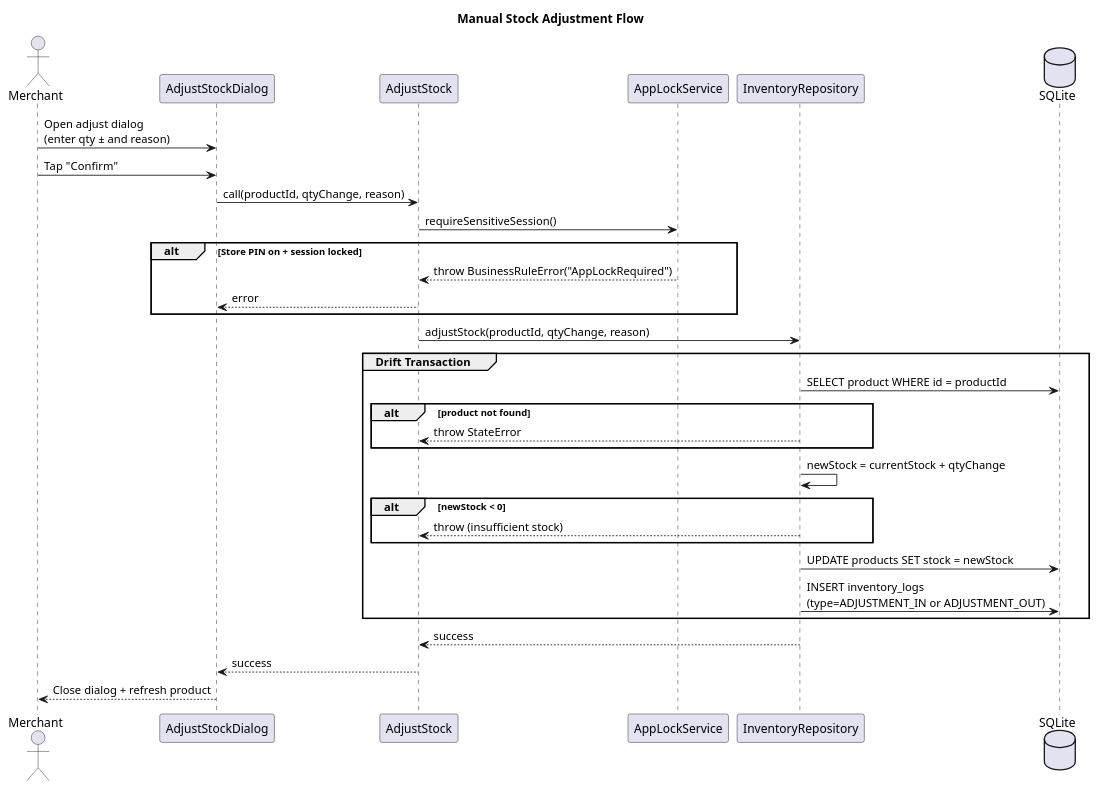
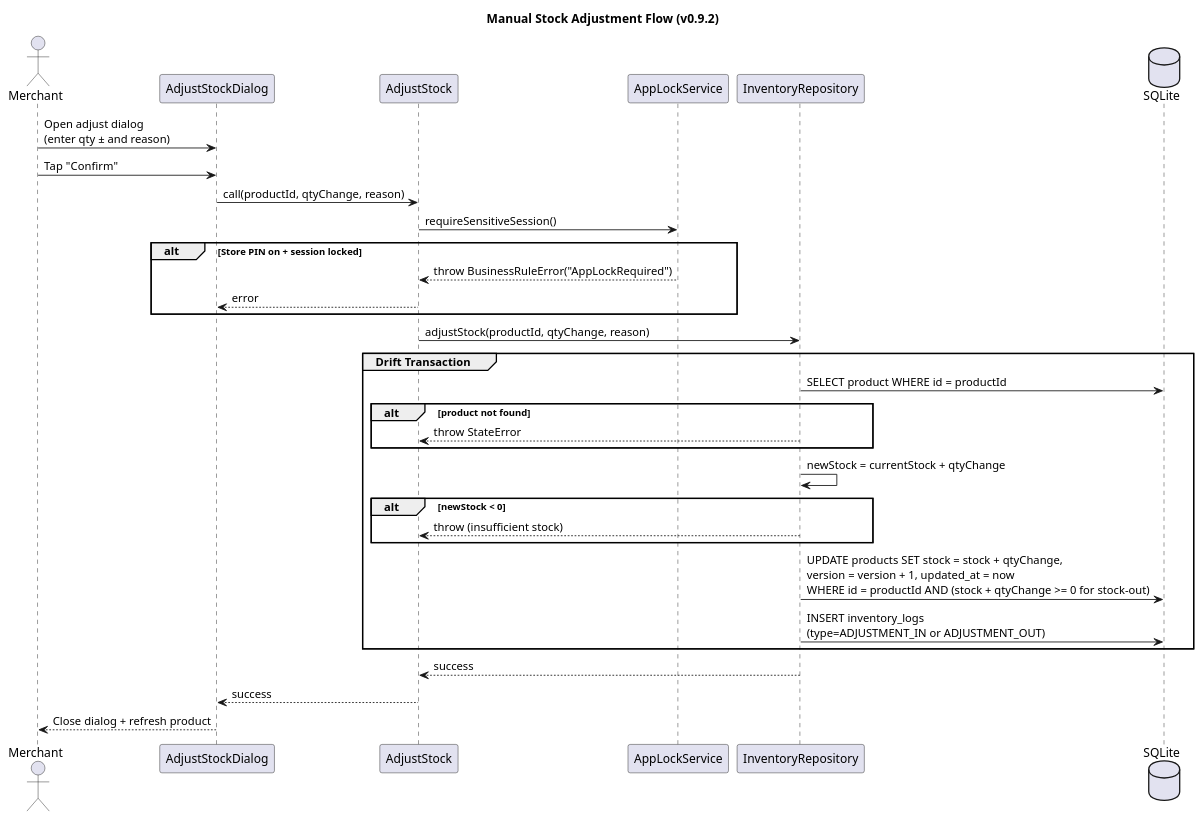
One commit to MN-Lizard-Team/promsell-pos-ce changed the diagram in docs/architecture/puml/sequence-adjust-stock.puml. Above: the diagram before and after it, drawn with PlantUML. The commit also changed 37 other files, not shown here.

```diff
--- a/docs/architecture/puml/sequence-adjust-stock.puml
+++ b/docs/architecture/puml/sequence-adjust-stock.puml
@@ -1,42 +1,42 @@
 @startuml Sequence_AdjustStock
-title Manual Stock Adjustment Flow
+title Manual Stock Adjustment Flow (v0.9.2)
 
 actor Merchant
 participant "AdjustStockDialog" as UI
 participant "AdjustStock" as UC
 participant "AppLockService" as AppLock
 participant "InventoryRepository" as InvRepo
 database "SQLite" as DB
 
 Merchant -> UI: Open adjust dialog\n(enter qty ± and reason)
 Merchant -> UI: Tap "Confirm"
 
 UI -> UC: call(productId, qtyChange, reason)
 UC -> AppLock: requireSensitiveSession()
 alt Store PIN on + session locked
     AppLock --> UC: throw BusinessRuleError("AppLockRequired")
     UC --> UI: error
 end
 
 UC -> InvRepo: adjustStock(productId, qtyChange, reason)
 
 group Drift Transaction
     InvRepo -> DB: SELECT product WHERE id = productId
     alt product not found
         InvRepo --> UC: throw StateError
     end
 
     InvRepo -> InvRepo: newStock = currentStock + qtyChange
     alt newStock < 0
         InvRepo --> UC: throw (insufficient stock)
     end
 
-    InvRepo -> DB: UPDATE products SET stock = newStock
+    InvRepo -> DB: UPDATE products SET stock = stock + qtyChange,\nversion = version + 1, updated_at = now\nWHERE id = productId AND (stock + qtyChange >= 0 for stock-out)
     InvRepo -> DB: INSERT inventory_logs\n(type=ADJUSTMENT_IN or ADJUSTMENT_OUT)
 end
 
 InvRepo --> UC: success
 UC --> UI: success
 UI --> Merchant: Close dialog + refresh product
 
 @enduml
```
